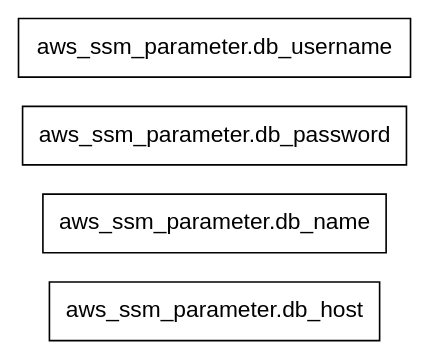
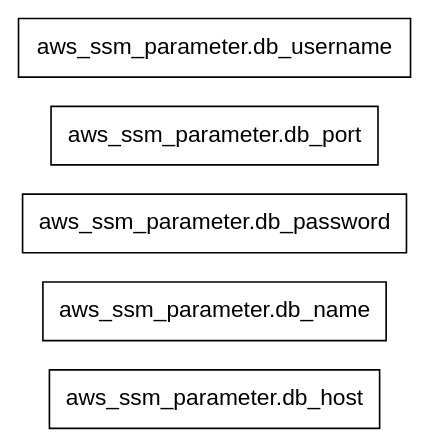
Before and after one commit to arsalanshaikh13/lirw-https-end-to-end-terragrunt-three-tier-app-deploy: the diagram in terraform/database/ssm_prm/graph/graph-apply.dot, drawn with Graphviz. The commit also changed 176 other files, not shown here.

```diff
--- a/terraform/database/ssm_prm/graph/graph-apply.dot
+++ b/terraform/database/ssm_prm/graph/graph-apply.dot
@@ -1,8 +1,9 @@
 digraph G {
   rankdir = "RL";
   node [shape = rect, fontname = "sans-serif"];
   "aws_ssm_parameter.db_host" [label="aws_ssm_parameter.db_host"];
   "aws_ssm_parameter.db_name" [label="aws_ssm_parameter.db_name"];
   "aws_ssm_parameter.db_password" [label="aws_ssm_parameter.db_password"];
+  "aws_ssm_parameter.db_port" [label="aws_ssm_parameter.db_port"];
   "aws_ssm_parameter.db_username" [label="aws_ssm_parameter.db_username"];
 }
```
